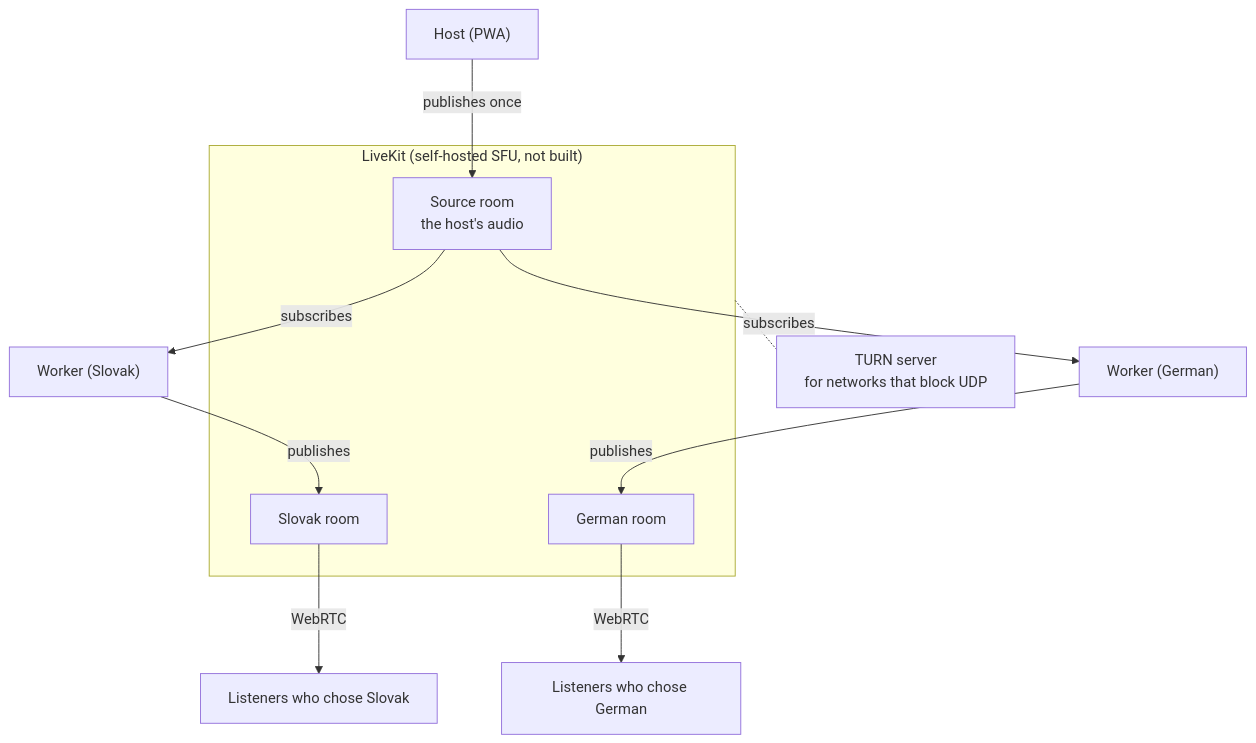
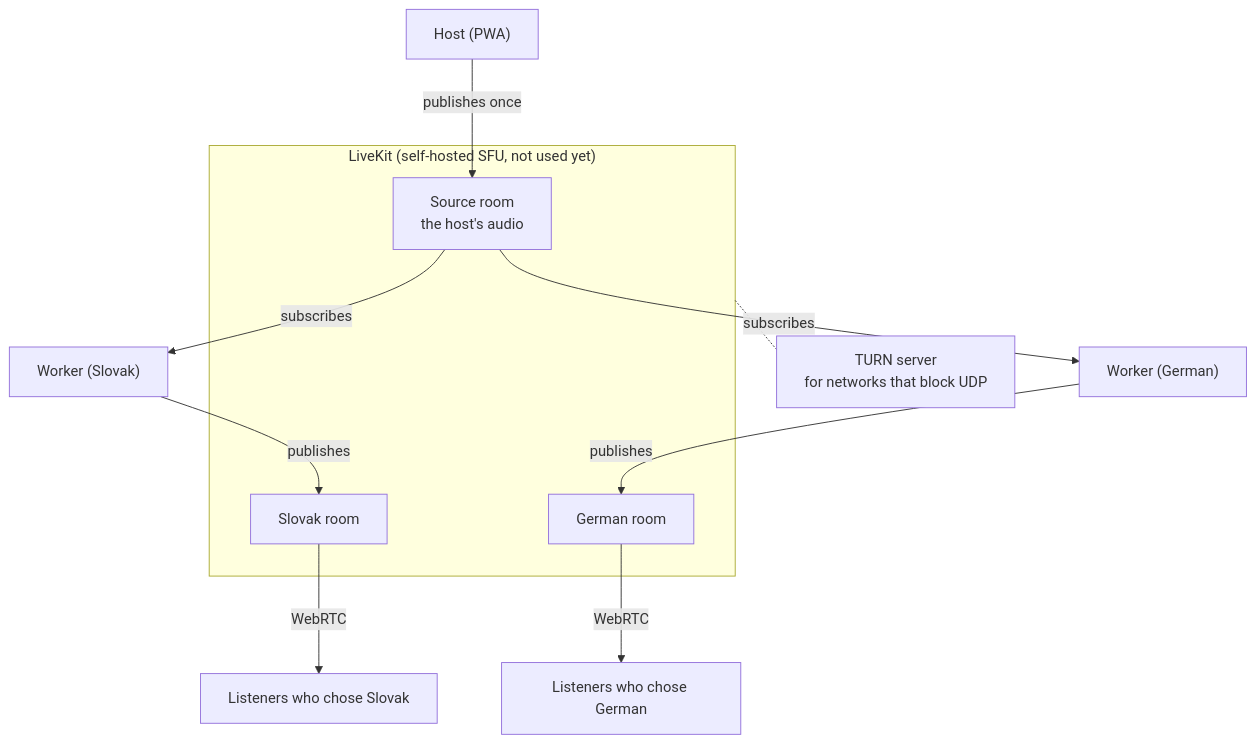
Before and after one commit to WH1TE-SHAD0W/ai-dubbing-studio: the eighth of 8 diagrams in docs/architecture-layers.md, drawn with Mermaid. The commit also changed other lines of this file and 5 other files, not shown here.

First line of the commit message:
docs: the LiveKit server runs in Compose, but nothing uses it yet

````diff
--- a/docs/architecture-layers.md
+++ b/docs/architecture-layers.md
@@ -330,26 +331,26 @@
 ```mermaid
 %%{init: {"flowchart": {"nodeSpacing": 70, "rankSpacing": 70}}}%%
 flowchart TB
   Host["Host (PWA)"]
 
-  subgraph Media["LiveKit (self-hosted SFU, not built)"]
+  subgraph Media["LiveKit (self-hosted SFU, not used yet)"]
     Source["Source room<br/>the host's audio"]
     Slovak["Slovak room"]
     German["German room"]
   end
 
   WSk["Worker (Slovak)"]
   WDe["Worker (German)"]
   ListenersSk["Listeners who chose Slovak"]
   ListenersDe["Listeners who chose German"]
   TURN["TURN server<br/>for networks that block UDP"]
 
   Host -- "publishes once" --> Source
   Source -- "subscribes" --> WSk
   Source -- "subscribes" --> WDe
   WSk -- "publishes" --> Slovak
   WDe -- "publishes" --> German
   Slovak -- "WebRTC" --> ListenersSk
   German -- "WebRTC" --> ListenersDe
   Media -.- TURN
 ```
````
